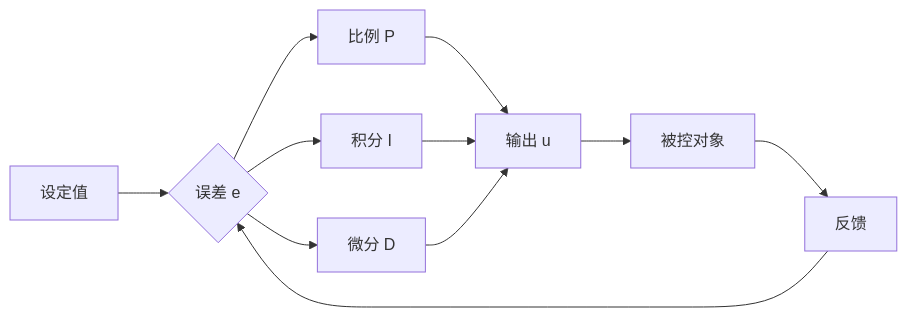
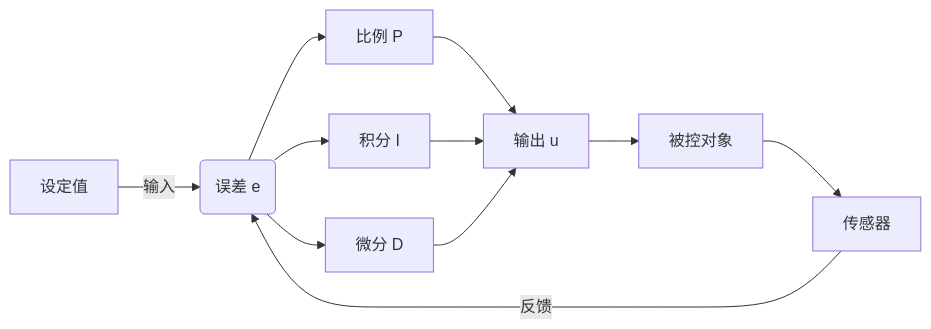
One commit to Serialist/serialist.github.io changed the third of 3 diagrams in page/blog/3deea09a.md. Above: the diagram before and after it, drawn with Mermaid. The commit also changed other lines of this file and 7 other files, not shown here.

````diff
--- a/page/blog/3deea09a.md
+++ b/page/blog/3deea09a.md
@@ -54,13 +57,13 @@
 ```mermaid
-flowchart LR
-    A[设定值] --> B{误差 e}
-    C[反馈 ] --> B
-    B --> P[比例 P]
-    B --> I[积分 I]
-    B --> D[微分 D]
-    P --> E[输出 u]
-    I --> E
-    D --> E
-    E --> F[被控对象]
-    F --> C
+graph LR
+A[设定值] -->|输入| E(误差 e)
+E --> P[比例 P]
+E --> I[积分 I]
+E --> D[微分 D]
+P --> U[输出 u]
+I --> U
+D --> U
+U --> C[被控对象]
+C --> F[传感器]
+F -->|反馈| E
 ```
````
